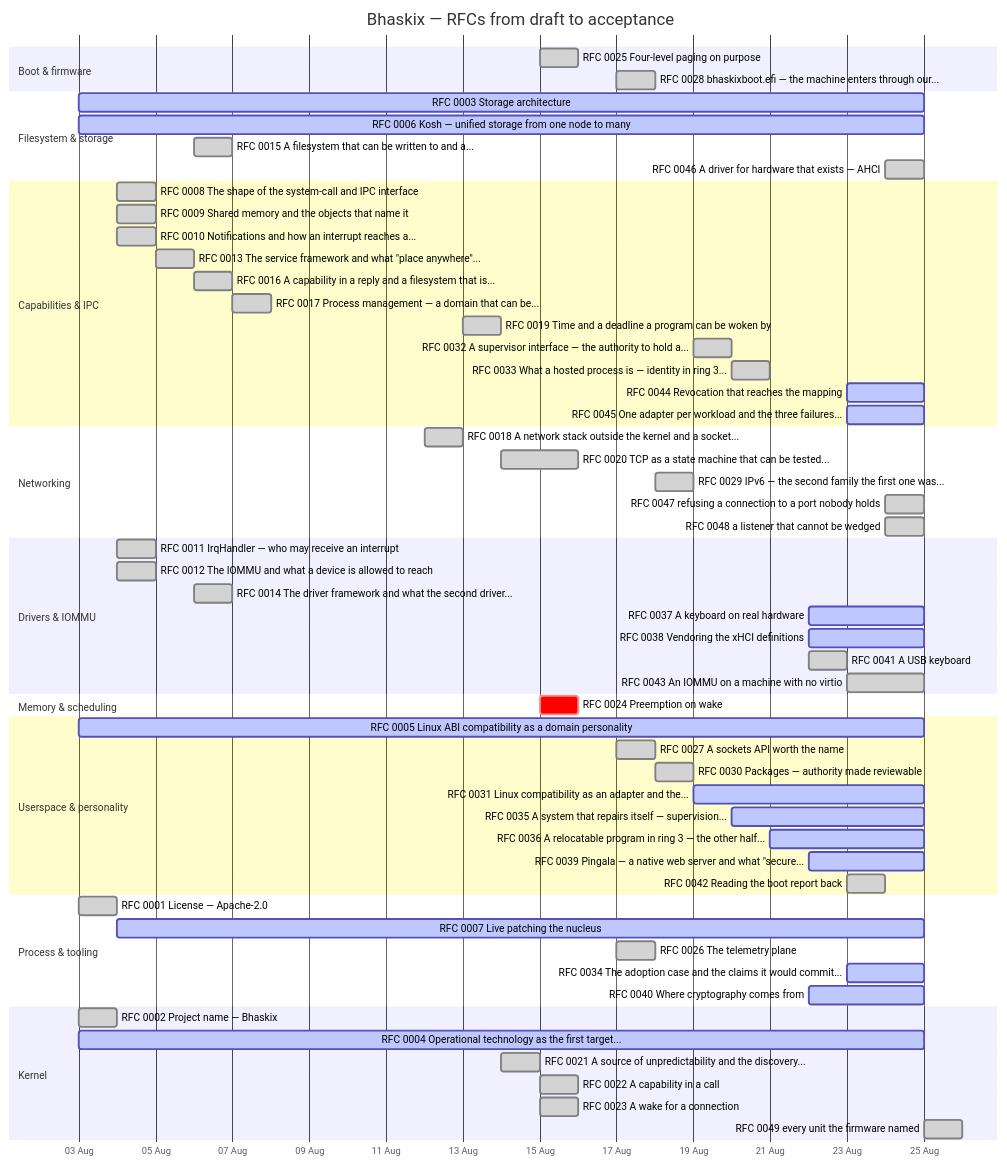
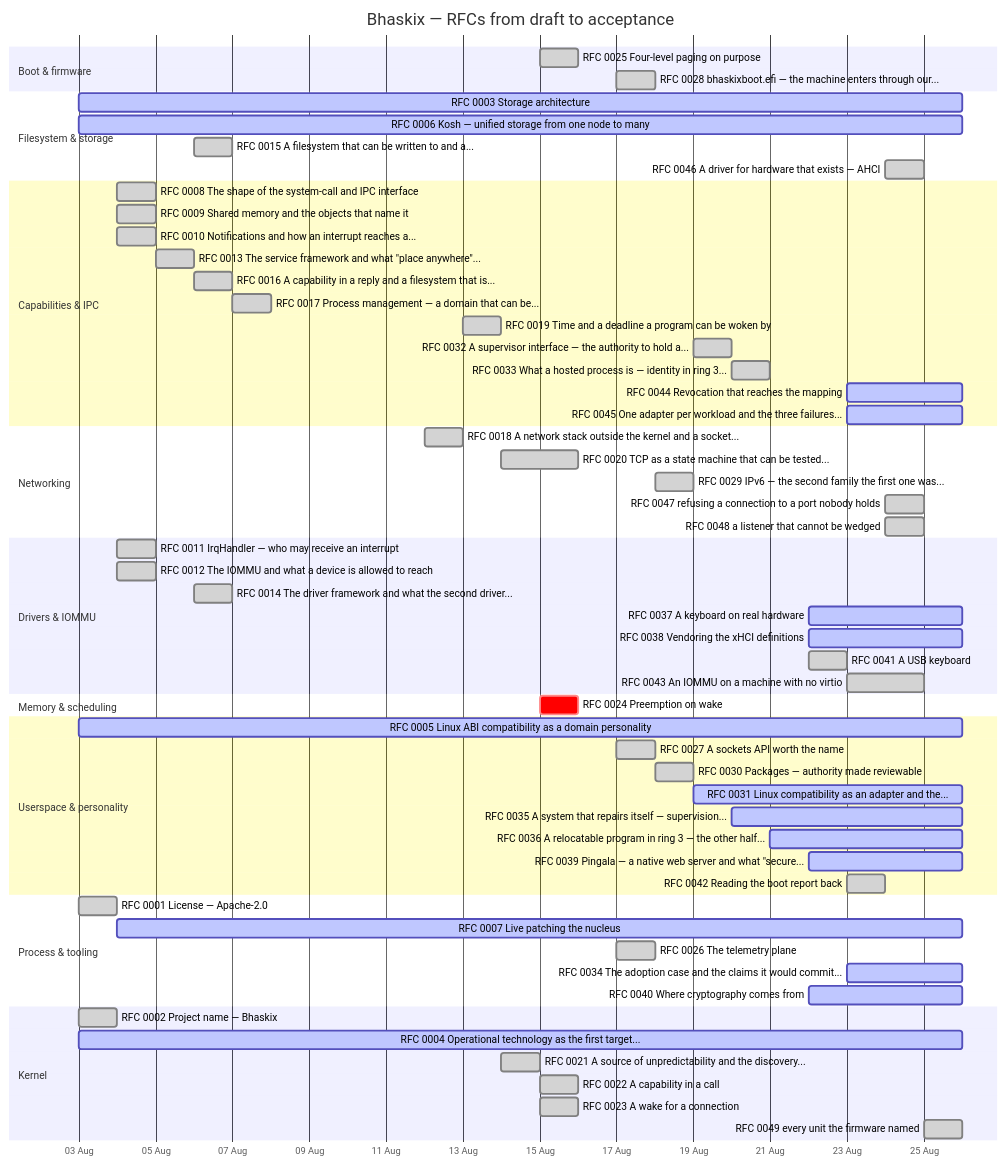
The diagram in docs/progress.md (bhaskix/bhaskix), drawn with Mermaid before and after one commit. The commit also changed other lines of this file and 2 other files, not shown here.

````diff
--- a/docs/progress.md
+++ b/docs/progress.md
@@ -24,65 +24,65 @@
 ```mermaid
 gantt
     title Bhaskix — RFCs from draft to acceptance
     dateFormat YYYY-MM-DD
     axisFormat %d %b
     todayMarker off
     section Boot & firmware
     RFC 0025 Four-level paging on purpose :done, r0025, 2026-08-15, 2026-08-16
     RFC 0028 bhaskixboot.efi — the machine enters through our... :done, r0028, 2026-08-17, 2026-08-18
     section Filesystem & storage
-    RFC 0003 Storage architecture :active, r0003, 2026-08-03, 2026-08-25
-    RFC 0006 Kosh — unified storage from one node to many :active, r0006, 2026-08-03, 2026-08-25
+    RFC 0003 Storage architecture :active, r0003, 2026-08-03, 2026-08-26
+    RFC 0006 Kosh — unified storage from one node to many :active, r0006, 2026-08-03, 2026-08-26
     RFC 0015 A filesystem that can be written to and a... :done, r0015, 2026-08-06, 1d
     RFC 0046 A driver for hardware that exists — AHCI :done, r0046, 2026-08-24, 1d
     section Capabilities & IPC
     RFC 0008 The shape of the system-call and IPC interface :done, r0008, 2026-08-04, 1d
     RFC 0009 Shared memory and the objects that name it :done, r0009, 2026-08-04, 1d
     RFC 0010 Notifications and how an interrupt reaches a... :done, r0010, 2026-08-04, 1d
     RFC 0013 The service framework and what "place anywhere"... :done, r0013, 2026-08-05, 1d
     RFC 0016 A capability in a reply and a filesystem that is... :done, r0016, 2026-08-06, 2026-08-07
     RFC 0017 Process management — a domain that can be... :done, r0017, 2026-08-07, 1d
     RFC 0019 Time and a deadline a program can be woken by :done, r0019, 2026-08-13, 2026-08-14
     RFC 0032 A supervisor interface — the authority to hold a... :done, r0032, 2026-08-19, 2026-08-20
     RFC 0033 What a hosted process is — identity in ring 3... :done, r0033, 2026-08-20, 1d
-    RFC 0044 Revocation that reaches the mapping :active, r0044, 2026-08-23, 2026-08-25
-    RFC 0045 One adapter per workload and the three failures... :active, r0045, 2026-08-23, 2026-08-25
+    RFC 0044 Revocation that reaches the mapping :active, r0044, 2026-08-23, 2026-08-26
+    RFC 0045 One adapter per workload and the three failures... :active, r0045, 2026-08-23, 2026-08-26
     section Networking
     RFC 0018 A network stack outside the kernel and a socket... :done, r0018, 2026-08-12, 2026-08-13
     RFC 0020 TCP as a state machine that can be tested... :done, r0020, 2026-08-14, 2026-08-16
     RFC 0029 IPv6 — the second family the first one was... :done, r0029, 2026-08-18, 1d
     RFC 0047 refusing a connection to a port nobody holds :done, r0047, 2026-08-24, 1d
     RFC 0048 a listener that cannot be wedged :done, r0048, 2026-08-24, 1d
     section Drivers & IOMMU
     RFC 0011 IrqHandler — who may receive an interrupt :done, r0011, 2026-08-04, 1d
     RFC 0012 The IOMMU and what a device is allowed to reach :done, r0012, 2026-08-04, 1d
     RFC 0014 The driver framework and what the second driver... :done, r0014, 2026-08-06, 1d
-    RFC 0037 A keyboard on real hardware :active, r0037, 2026-08-22, 2026-08-25
-    RFC 0038 Vendoring the xHCI definitions :active, r0038, 2026-08-22, 2026-08-25
+    RFC 0037 A keyboard on real hardware :active, r0037, 2026-08-22, 2026-08-26
+    RFC 0038 Vendoring the xHCI definitions :active, r0038, 2026-08-22, 2026-08-26
     RFC 0041 A USB keyboard :done, r0041, 2026-08-22, 2026-08-23
     RFC 0043 An IOMMU on a machine with no virtio :done, r0043, 2026-08-23, 2026-08-25
     section Memory & scheduling
     RFC 0024 Preemption on wake :crit, r0024, 2026-08-15, 1d
     section Userspace & personality
-    RFC 0005 Linux ABI compatibility as a domain personality :active, r0005, 2026-08-03, 2026-08-25
+    RFC 0005 Linux ABI compatibility as a domain personality :active, r0005, 2026-08-03, 2026-08-26
     RFC 0027 A sockets API worth the name :done, r0027, 2026-08-17, 1d
     RFC 0030 Packages — authority made reviewable :done, r0030, 2026-08-18, 2026-08-19
-    RFC 0031 Linux compatibility as an adapter and the... :active, r0031, 2026-08-19, 2026-08-25
-    RFC 0035 A system that repairs itself — supervision... :active, r0035, 2026-08-20, 2026-08-25
-    RFC 0036 A relocatable program in ring 3 — the other half... :active, r0036, 2026-08-21, 2026-08-25
-    RFC 0039 Pingala — a native web server and what "secure... :active, r0039, 2026-08-22, 2026-08-25
+    RFC 0031 Linux compatibility as an adapter and the... :active, r0031, 2026-08-19, 2026-08-26
+    RFC 0035 A system that repairs itself — supervision... :active, r0035, 2026-08-20, 2026-08-26
+    RFC 0036 A relocatable program in ring 3 — the other half... :active, r0036, 2026-08-21, 2026-08-26
+    RFC 0039 Pingala — a native web server and what "secure... :active, r0039, 2026-08-22, 2026-08-26
     RFC 0042 Reading the boot report back :done, r0042, 2026-08-23, 1d
     section Process & tooling
     RFC 0001 License — Apache-2.0 :done, r0001, 2026-08-03, 1d
-    RFC 0007 Live patching the nucleus :active, r0007, 2026-08-04, 2026-08-25
+    RFC 0007 Live patching the nucleus :active, r0007, 2026-08-04, 2026-08-26
     RFC 0026 The telemetry plane :done, r0026, 2026-08-17, 1d
-    RFC 0034 The adoption case and the claims it would commit... :active, r0034, 2026-08-23, 2026-08-25
-    RFC 0040 Where cryptography comes from :active, r0040, 2026-08-22, 2026-08-25
+    RFC 0034 The adoption case and the claims it would commit... :active, r0034, 2026-08-23, 2026-08-26
+    RFC 0040 Where cryptography comes from :active, r0040, 2026-08-22, 2026-08-26
     section Kernel
     RFC 0002 Project name — Bhaskix :done, r0002, 2026-08-03, 1d
-    RFC 0004 Operational technology as the first target... :active, r0004, 2026-08-03, 2026-08-25
+    RFC 0004 Operational technology as the first target... :active, r0004, 2026-08-03, 2026-08-26
     RFC 0021 A source of unpredictability and the discovery... :done, r0021, 2026-08-14, 1d
     RFC 0022 A capability in a call :done, r0022, 2026-08-15, 2026-08-16
     RFC 0023 A wake for a connection :done, r0023, 2026-08-15, 2026-08-16
     RFC 0049 every unit the firmware named :done, r0049, 2026-08-25, 1d
 ```
````
